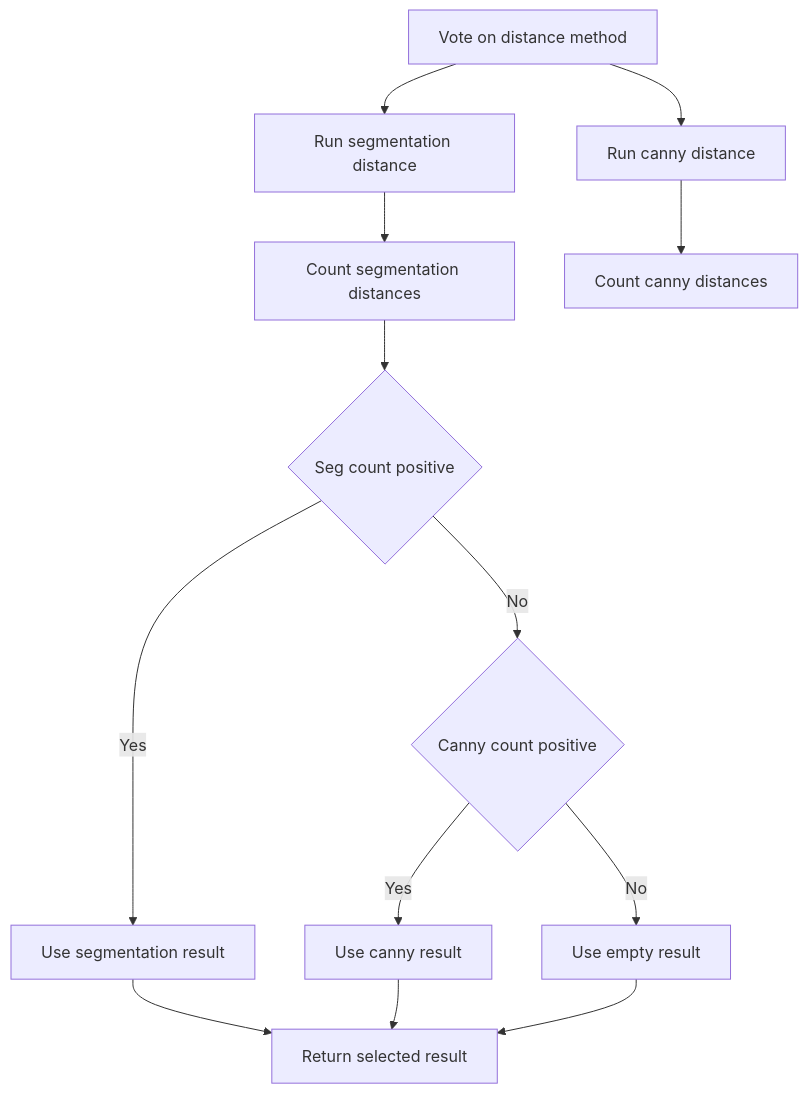
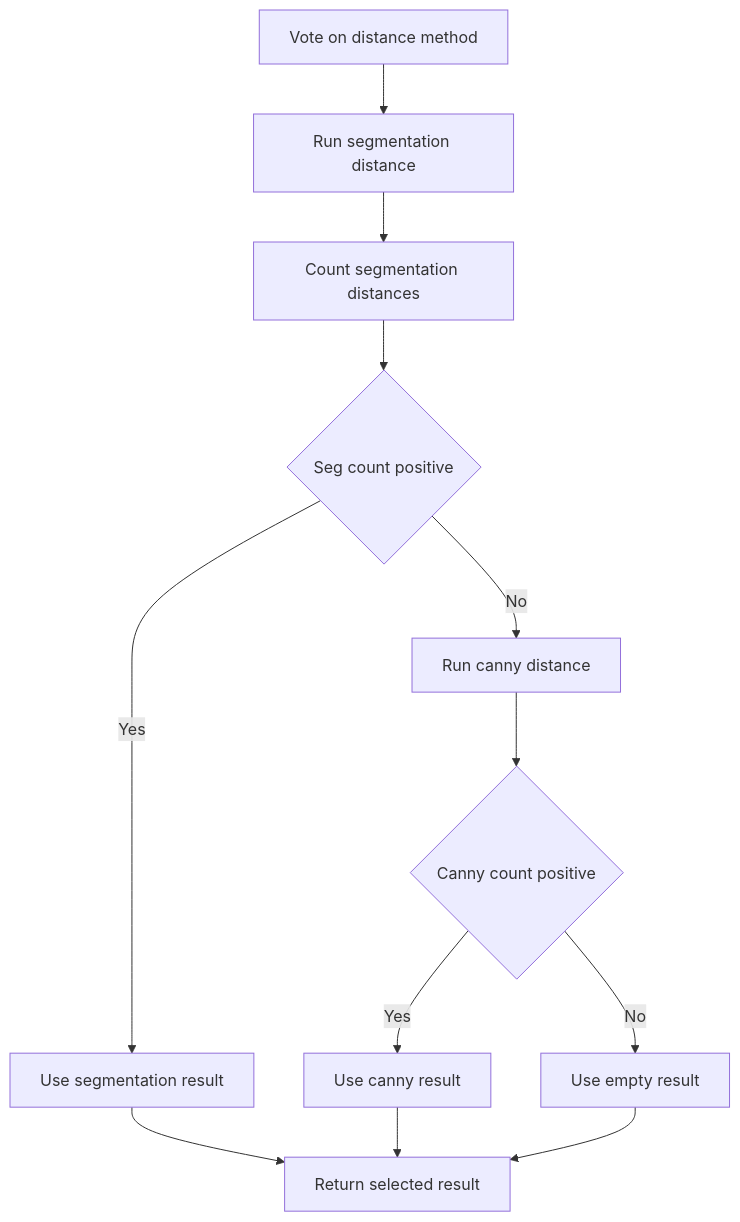
The third of 6 diagrams in doc/image_processor_flow.md (RishWijewardhena/vision-textile-inspection-curved), drawn with Mermaid before and after one commit. The commit also changed other lines of this file, not shown here.

Commit message:
fix(image_processor_flow): clarify edge distance source selection and update flowchart details

````diff
--- a/doc/image_processor_flow.md
+++ b/doc/image_processor_flow.md
@@ -159,15 +156,14 @@
 ```mermaid
 flowchart TD
     A[Vote on distance method] --> B[Run segmentation distance]
-    A --> C[Run canny distance]
-    B --> D[Count segmentation distances]
-    C --> E[Count canny distances]
-    D --> F{Seg count positive}
-    F -- Yes --> G[Use segmentation result]
-    F -- No --> H{Canny count positive}
-    H -- Yes --> I[Use canny result]
-    H -- No --> J[Use empty result]
-    G --> K[Return selected result]
-    I --> K
-    J --> K
+    B --> C[Count segmentation distances]
+    C --> D{Seg count positive}
+    D -- Yes --> E[Use segmentation result]
+    D -- No --> F[Run canny distance]
+    F --> G{Canny count positive}
+    G -- Yes --> H[Use canny result]
+    G -- No --> I[Use empty result]
+    E --> J[Return selected result]
+    H --> J
+    I --> J
 ```
````
